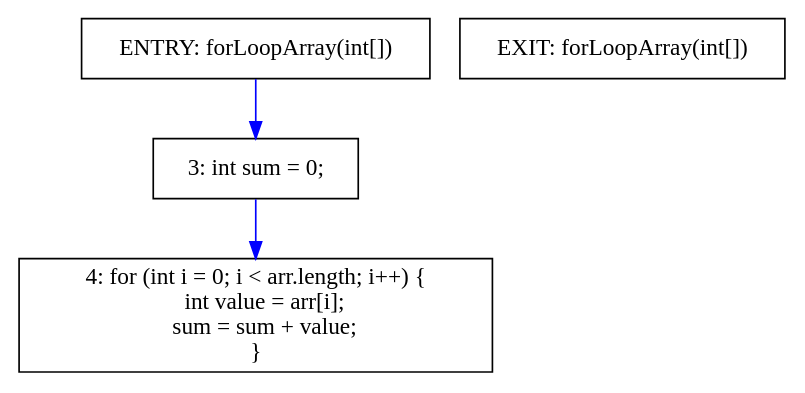
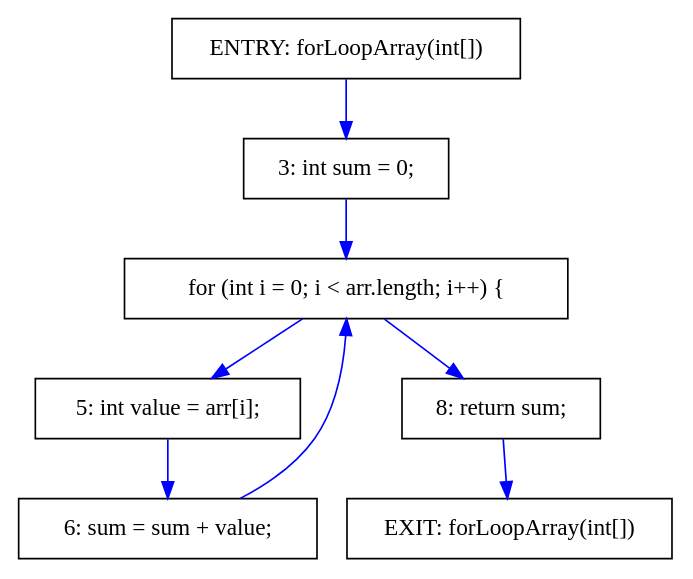
Before and after one commit to khaser/java-pdg: the diagram in results/ForLoopArray.dot, drawn with Graphviz. The commit also changed 21 other files, not shown here.

```diff
--- a/results/ForLoopArray.dot
+++ b/results/ForLoopArray.dot
@@ -1,12 +1,20 @@
 digraph PDG {
   rankdir=TB;
   node [shape=box];
 
   node0 [label="ENTRY: forLoopArray(int[])"];
   node1 [label="EXIT: forLoopArray(int[])"];
   node2 [label="3: int sum = 0;"];
-  node3 [label="4: for (int i = 0; i < arr.length; i++) {\n    int value = arr[i];\n    sum = sum + value;\n}"];
+  node3 [label="for (int i = 0; i < arr.length; i++) {"];
+  node4 [label="5: int value = arr[i];"];
+  node5 [label="6: sum = sum + value;"];
+  node6 [label="8: return sum;"];
 
+  node3 -> node4 [label="", color=blue];
   node0 -> node2 [label="", color=blue];
   node2 -> node3 [label="", color=blue];
+  node3 -> node6 [label="", color=blue];
+  node4 -> node5 [label="", color=blue];
+  node5 -> node3 [label="", color=blue];
+  node6 -> node1 [label="", color=blue];
 }
```
